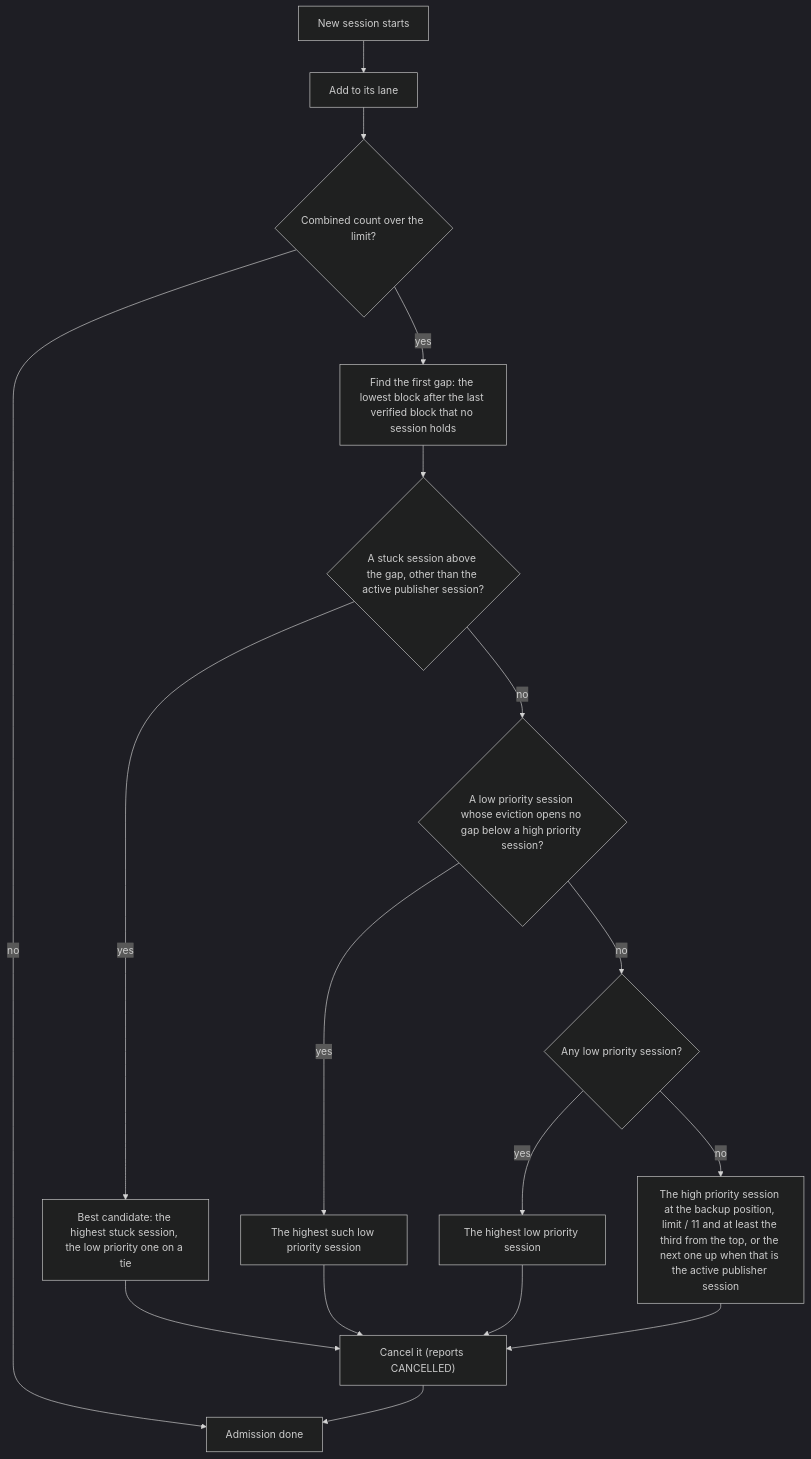
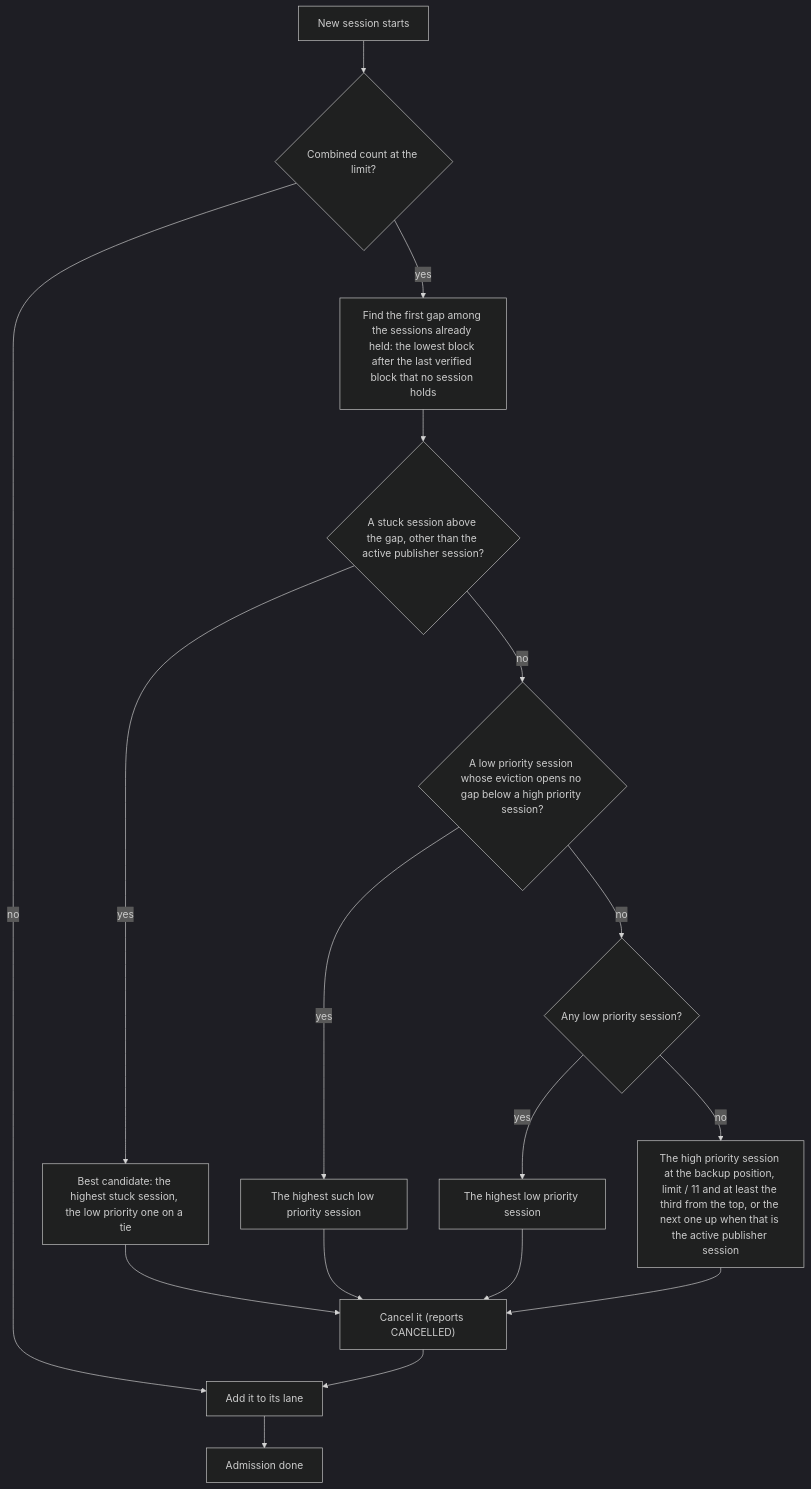
One commit to hiero-ledger/hiero-block-node changed the fifth of 5 diagrams in docs/design/block-verification.md. Above: the diagram before and after it, drawn with Mermaid (dark theme). The commit also changed other lines of this file and 12 other files, not shown here.

````diff
--- a/docs/design/block-verification.md
+++ b/docs/design/block-verification.md
@@ -496,19 +496,19 @@
 ```mermaid
 flowchart TD
-    NS[New session starts] --> ADD[Add to its lane]
-    ADD --> FULL{"Combined count over the limit?"}
-    FULL -- no --> RUN[Admission done]
-    FULL -- yes --> GAP["Find the first gap: the lowest block after the last verified block that no session holds"]
+    NS[New session starts] --> FULL{"Combined count at the limit?"}
+    FULL -- no --> ADD[Add it to its lane]
+    FULL -- yes --> GAP["Find the first gap among the sessions already held: the lowest block after the last verified block that no session holds"]
     GAP --> STUCK{"A stuck session above the gap, other than the active publisher session?"}
     STUCK -- yes --> C1["Best candidate: the highest stuck session, the low priority one on a tie"]
     STUCK -- no --> LOW{"A low priority session whose eviction opens no gap below a high priority session?"}
     LOW -- yes --> C2["The highest such low priority session"]
     LOW -- no --> ANYLOW{"Any low priority session?"}
     ANYLOW -- yes --> C3["The highest low priority session"]
     ANYLOW -- no --> C4["The high priority session at the backup position, limit / 11 and at least the third from the top, or the next one up when that is the active publisher session"]
     C1 --> CANCEL["Cancel it (reports CANCELLED)"]
     C2 --> CANCEL
     C3 --> CANCEL
     C4 --> CANCEL
-    CANCEL --> RUN
+    CANCEL --> ADD
+    ADD --> RUN[Admission done]
 ```
````
